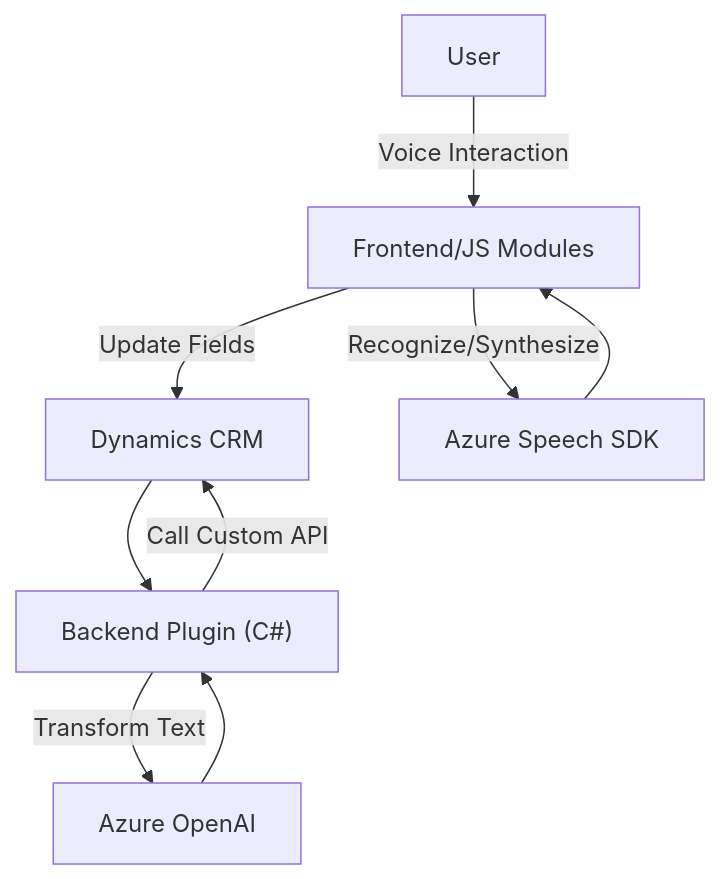
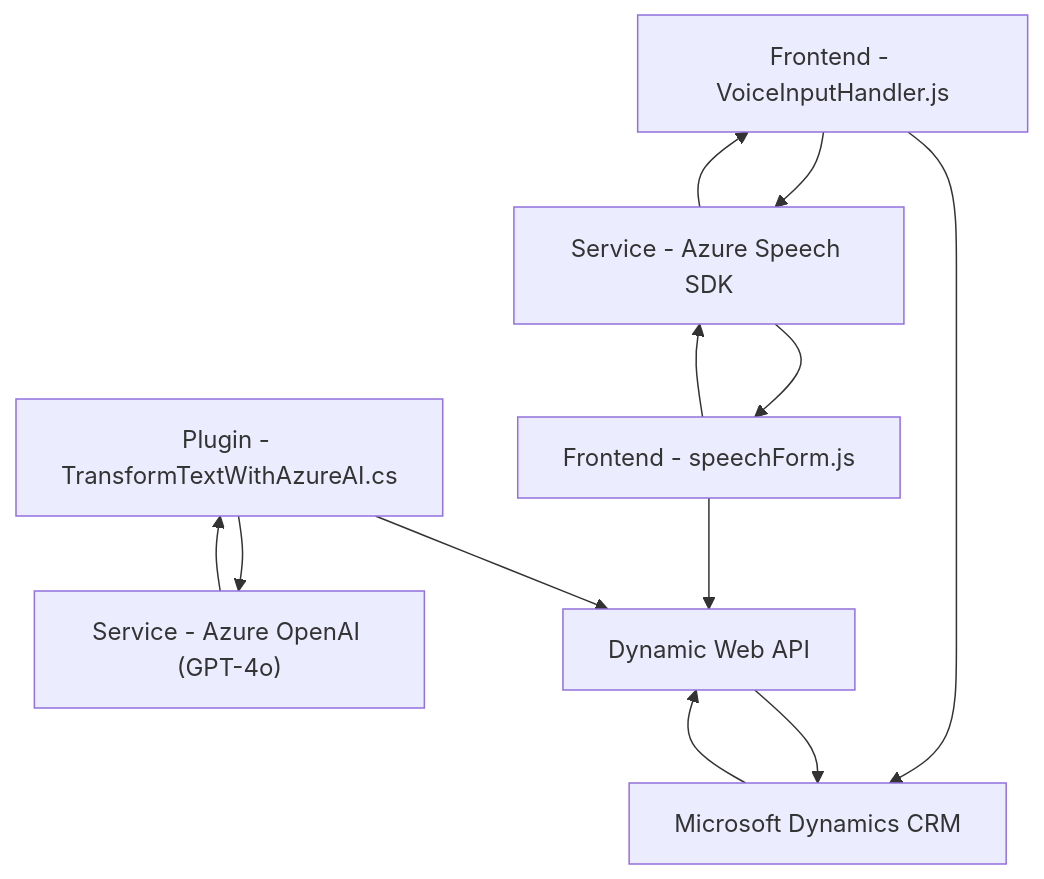
The diagram in README.md (blopezdm/NETCORE_BILBAO2025), drawn with Mermaid before and after one commit. The commit also changed other lines of this file, not shown here.

````diff
--- a/README.md
+++ b/README.md
@@ -44,18 +45,21 @@
 ```mermaid
 graph TD
-    Frontend["Frontend/JS Modules"]
-    Backend["Backend Plugin (C#)"]
-    Dynamics["Dynamics CRM"]
-    AzureSDK["Azure Speech SDK"]
-    AzureOpenAI["Azure OpenAI"]
-    User["User"]
-
-    User -->|Voice Interaction| Frontend
-    Frontend -->|Recognize/Synthesize| AzureSDK
-    AzureSDK --> Frontend
-    Frontend -->|Update Fields| Dynamics
-    Backend -->|Call Custom API| Dynamics
-    Dynamics --> Backend
-    Backend -->|Transform Text| AzureOpenAI
-    AzureOpenAI --> Backend
+    F1["Frontend - VoiceInputHandler.js"]
+    F2["Frontend - speechForm.js"]
+    P1["Plugin - TransformTextWithAzureAI.cs"]
+    S1["Service - Azure Speech SDK"]
+    S2["Service - Azure OpenAI (GPT-4o)"]
+    D1["Microsoft Dynamics CRM"]
+    API["Dynamic Web API"]
+    
+    F1 --> S1
+    F1 --> D1
+    F2 --> S1
+    F2 --> API
+    P1 --> S2
+    P1 --> API
+    API --> D1
+    S1 --> F1 & F2
+    S2 --> P1
+    D1 --> API
 ```
````
